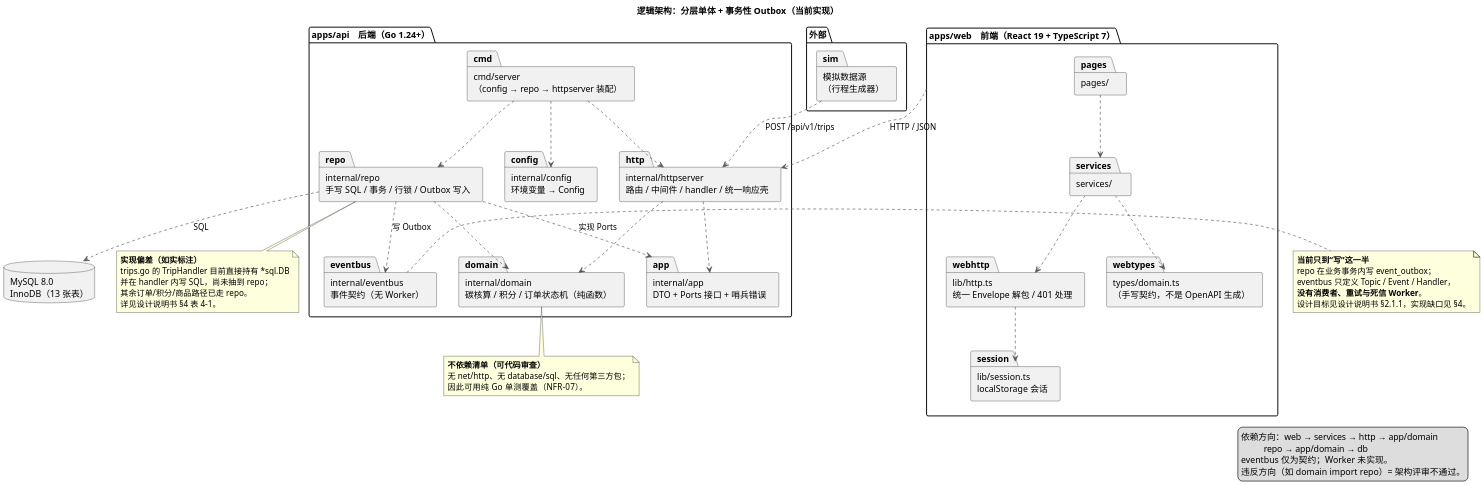
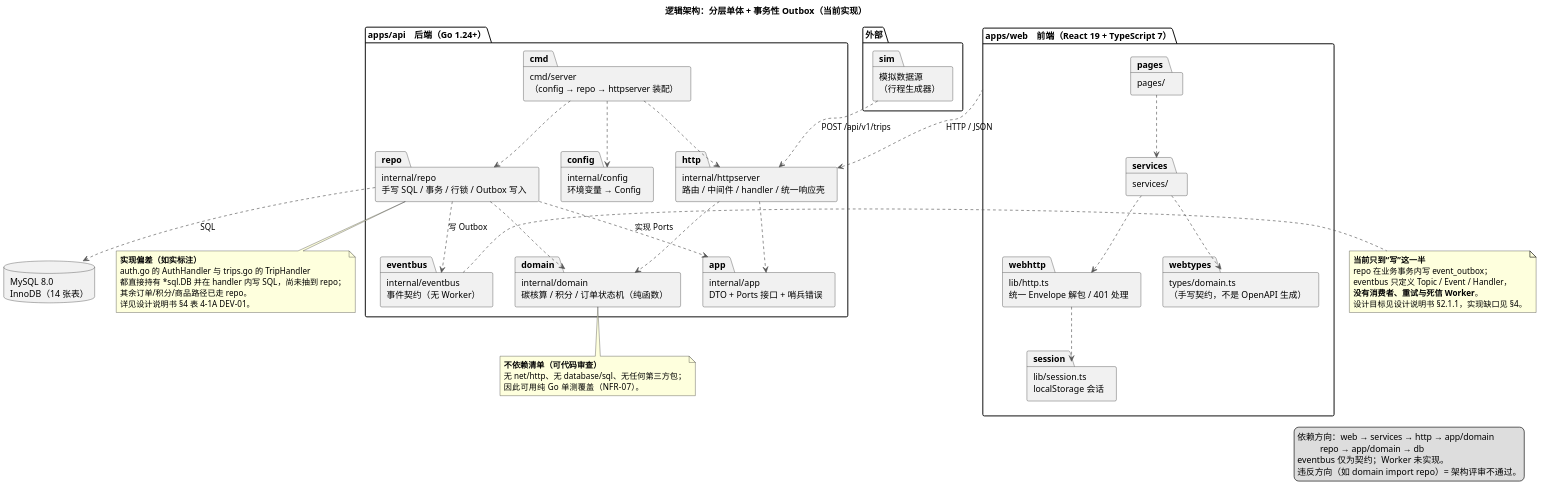
Before and after one commit to chiyan11/green-travel-points: the diagram in docs/uml/05-包图-逻辑架构.puml, drawn with PlantUML. The commit also changed 61 other files, not shown here.

First line of the commit message:
docs(report): 报告 v1.1 与 24 图 UML 同步

```diff
--- a/docs/uml/05-包图-逻辑架构.puml
+++ b/docs/uml/05-包图-逻辑架构.puml
@@ -1,84 +1,84 @@
-@startuml 图2-2 系统逻辑架构 包图
+@startuml 图2-1 系统逻辑架构 包图
 ' 依据：docs/设计规格说明书.md §2.1.2；与仓库当前目录对齐（2026-11-24）
 ' 设计原则：依赖方向由外向内；domain 只依赖标准库，不依赖 HTTP / SQL / 框架
 
 skinparam defaultFontName "Microsoft YaHei"
 skinparam dpi 150
 skinparam shadowing false
 skinparam packageStyle folder
 skinparam ArrowColor #555555
 
 title 逻辑架构：分层单体 + 事务性 Outbox（当前实现）
 
 package "apps/web　前端（React 19 + TypeScript 7）" as web {
   package "pages/" as pages
   package "services/" as services
   package "lib/http.ts\n统一 Envelope 解包 / 401 处理" as webhttp
   package "lib/session.ts\nlocalStorage 会话" as session
   package "types/domain.ts\n（手写契约，不是 OpenAPI 生成）" as webtypes
 }
 
 package "apps/api　后端（Go 1.24+）" as api {
   package "cmd/server\n（config → repo → httpserver 装配）" as cmd
   package "internal/httpserver\n路由 / 中间件 / handler / 统一响应壳" as http
   package "internal/app\nDTO + Ports 接口 + 哨兵错误" as app
   package "internal/domain\n碳核算 / 积分 / 订单状态机（纯函数）" as domain
   package "internal/repo\n手写 SQL / 事务 / 行锁 / Outbox 写入" as repo
   package "internal/eventbus\n事件契约（无 Worker）" as eventbus
   package "internal/config\n环境变量 → Config" as config
 }
 
-database "MySQL 8.0\nInnoDB（13 张表）" as db
+database "MySQL 8.0\nInnoDB（14 张表）" as db
 
 package "外部" as ext {
   package "模拟数据源\n（行程生成器）" as sim
 }
 
 pages ..> services
 services ..> webhttp
 services ..> webtypes
 webhttp ..> session
 web ..> http : HTTP / JSON
 
 cmd ..> http
 cmd ..> repo
 cmd ..> config
 http ..> app
 http ..> domain
 repo ..> app : 实现 Ports
 repo ..> domain
 repo ..> eventbus : 写 Outbox
 repo ..> db : SQL
 sim ..> http : POST /api/v1/trips
 
 ' 关键约束：domain 不反向依赖任何人
 note bottom of domain
   **不依赖清单（可代码审查）**
   无 net/http、无 database/sql、无任何第三方包；
   因此可用纯 Go 单测覆盖（NFR-07）。
 end note
 
 note right of eventbus
   **当前只到“写”这一半**
   repo 在业务事务内写 event_outbox；
   eventbus 只定义 Topic / Event / Handler，
   **没有消费者、重试与死信 Worker**。
   设计目标见设计说明书 §2.1.1，实现缺口见 §4。
 end note
 
 note bottom of repo
   **实现偏差（如实标注）**
-  trips.go 的 TripHandler 目前直接持有 *sql.DB
-  并在 handler 内写 SQL，尚未抽到 repo；
+  auth.go 的 AuthHandler 与 trips.go 的 TripHandler
+  都直接持有 *sql.DB 并在 handler 内写 SQL，尚未抽到 repo；
   其余订单/积分/商品路径已走 repo。
-  详见设计说明书 §4 表 4-1。
+  详见设计说明书 §4 表 4-1A DEV-01。
 end note
 
 legend right
   依赖方向：web → services → http → app/domain
             repo → app/domain → db
   eventbus 仅为契约；Worker 未实现。
   违反方向（如 domain import repo）= 架构评审不通过。
 endlegend
 
 @enduml
```
